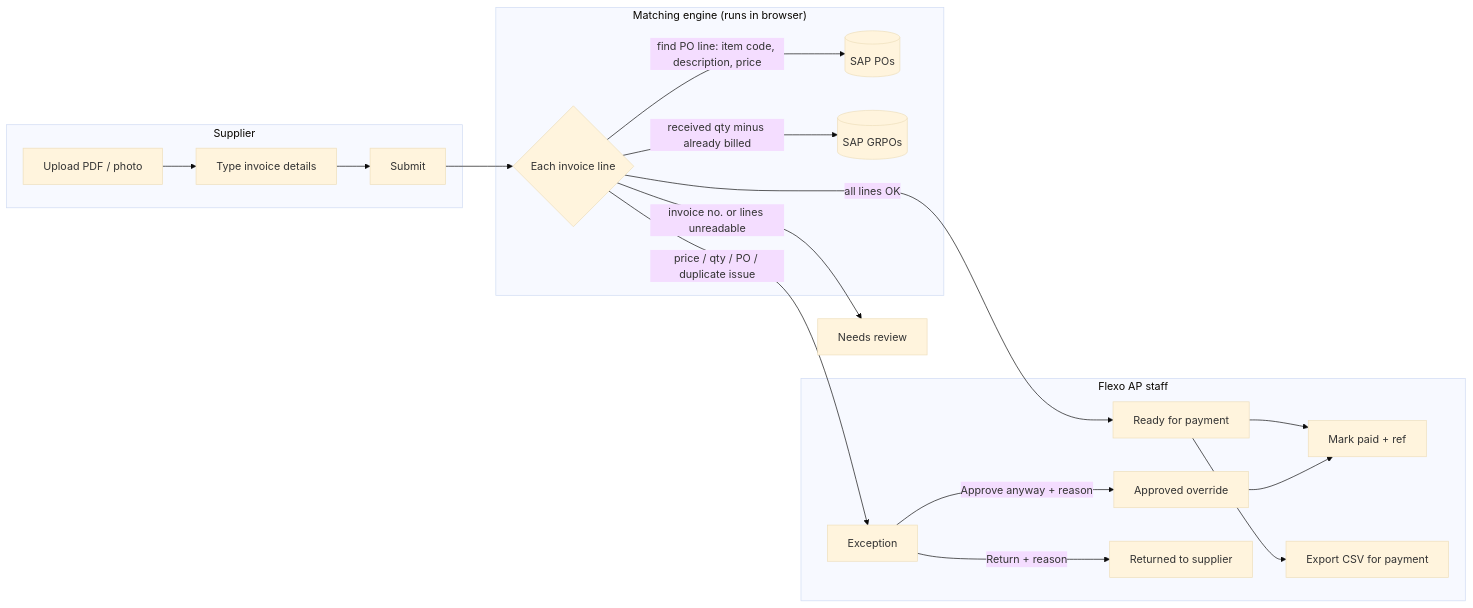
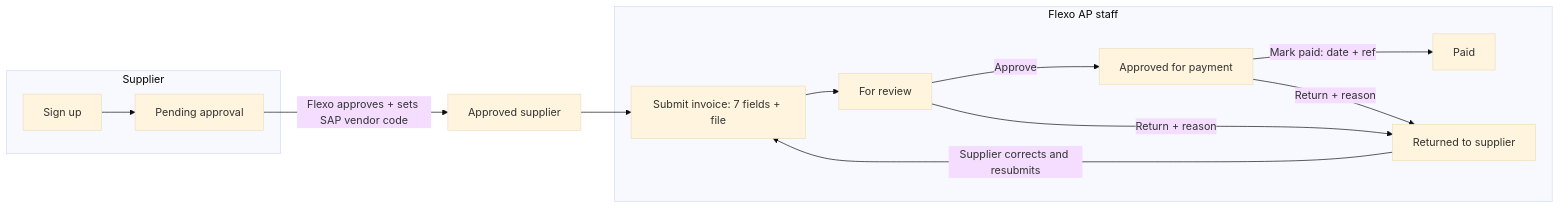
One commit to fmcai70/FlexoSupplier changed the diagram in README.md. Above: the diagram before and after it, drawn with Mermaid (base theme). The commit also changed other lines of this file and 6 other files, not shown here.

First line of the commit message:
Rebuild portal: supplier sign-up with approval, 7-field invoice form

````diff
--- a/README.md
+++ b/README.md
@@ -24,21 +19,16 @@
 ```mermaid
 flowchart LR
   subgraph Supplier
-    U[Upload PDF / photo] --> R[Type invoice details] --> S[Submit]
+    SU[Sign up] --> PEND[Pending approval]
   end
-  subgraph Matching["Matching engine (runs in browser)"]
-    S --> M{Each invoice line}
-    M -->|find PO line: item code, description, price| PO[(SAP POs)]
-    M -->|received qty minus already billed| GR[(SAP GRPOs)]
+  PEND -->|Flexo approves + sets SAP vendor code| OK[Approved supplier]
+  OK --> SUB[Submit invoice: 7 fields + file]
+  subgraph Flexo["Flexo AP staff"]
+    SUB --> REV[For review]
+    REV -->|Approve| APP[Approved for payment]
+    REV -->|Return + reason| RET[Returned to supplier]
+    APP -->|Mark paid: date + ref| PAID[Paid]
+    APP -->|Return + reason| RET
   end
-  M -->|all lines OK| READY[Ready for payment]
-  M -->|price / qty / PO / duplicate issue| EXC[Exception]
-  M -->|invoice no. or lines unreadable| REV[Needs review]
-  subgraph Staff["Flexo AP staff"]
-    EXC -->|Approve anyway + reason| APP[Approved override]
-    EXC -->|Return + reason| RET[Returned to supplier]
-    READY --> PAID[Mark paid + ref]
-    APP --> PAID
-    READY --> CSV[Export CSV for payment]
-  end
+  RET -->|Supplier corrects and resubmits| SUB
 ```
````
